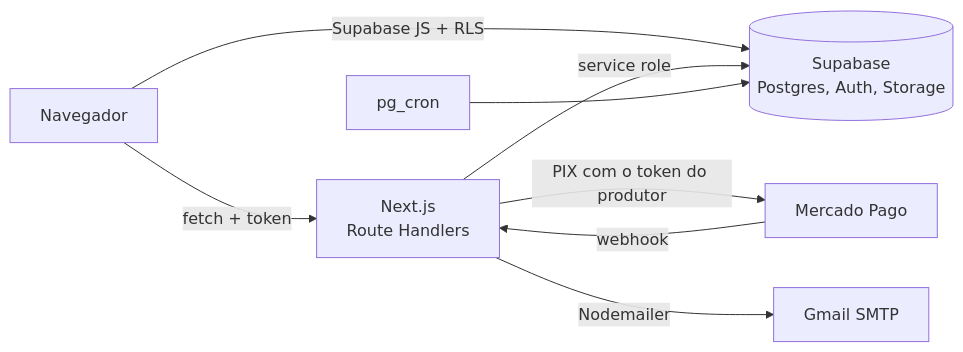
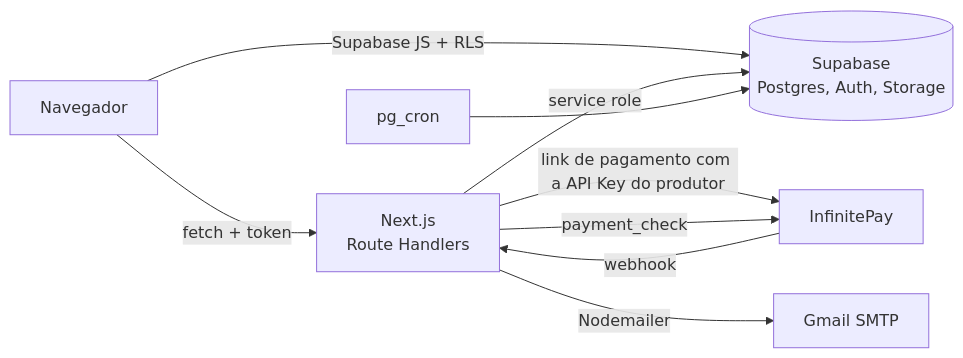
One commit to JulioCedraz/EventAqui changed the diagram in README.md. Above: the diagram before and after it, drawn with Mermaid. The commit also changed other lines of this file, not shown here.

Commit message:
docs: describe InfinitePay checkout in README

````diff
--- a/README.md
+++ b/README.md
@@ -63,10 +63,11 @@
 ```mermaid
 flowchart LR
     B[Navegador] -->|Supabase JS + RLS| SB[(Supabase<br/>Postgres, Auth, Storage)]
     B -->|fetch + token| API[Next.js<br/>Route Handlers]
     API -->|service role| SB
-    API -->|PIX com o token do produtor| MP[Mercado Pago]
-    MP -->|webhook| API
+    API -->|link de pagamento com a API Key do produtor| IP[InfinitePay]
+    IP -->|webhook| API
+    API -->|payment_check| IP
     API -->|Nodemailer| M[Gmail SMTP]
     CRON[pg_cron] --> SB
 ```
````
